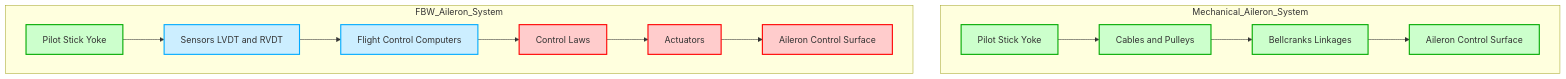
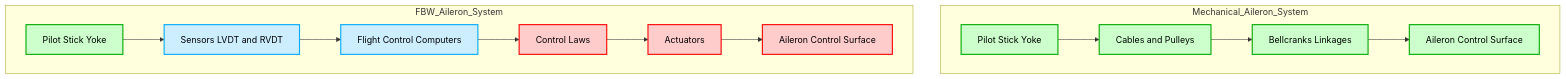
One commit to Robbbo-T/Ampel360XWLRGA changed the fourth of 7 diagrams in FTC_27-00-00-00-000 – ATA_27-Flight-Controls.md. Above: the diagram before and after it, drawn with Mermaid.

Commit message:
Update FTC_27-00-00-00-000 – ATA_27-Flight-Controls.md

````diff
--- a/FTC_27-00-00-00-000 – ATA_27-Flight-Controls.md
+++ b/FTC_27-00-00-00-000 – ATA_27-Flight-Controls.md
@@ -1232,27 +1232,27 @@
 ```mermaid
 graph TD
     subgraph Mechanical_Aileron_System
         A[Pilot Stick Yoke] --> B[Cables and Pulleys]
         B --> C[Bellcranks Linkages]
         C --> D[Aileron Control Surface]
     end
 
     subgraph FBW_Aileron_System
         E[Pilot Stick Yoke] --> F[Sensors LVDT and RVDT]
         F --> G[Flight Control Computers]
         G --> H[Control Laws]
         H --> I[Actuators]
         I --> J[Aileron Control Surface]
     end
 
-    style A fill:#ccffcc,stroke:#00aa00,stroke-width:2px
-    style B fill:#ccffcc,stroke:#00aa00,stroke-width:2px
-    style C fill:#ccffcc,stroke:#00aa00,stroke-width:2px
-    style D fill:#ccffcc,stroke:#00aa00,stroke-width:2px
-    style E fill:#ccffcc,stroke:#00aa00,stroke-width:2px
-    style F fill:#cceeff,stroke:#00aaff,stroke-width:2px
-    style G fill:#cceeff,stroke:#00aaff,stroke-width:2px
-    style H fill:#ffcccc,stroke:#ff0000,stroke-width:2px
-    style I fill:#ffcccc,stroke:#ff0000,stroke-width:2px
-    style J fill:#ffcccc,stroke:#ff0000,stroke-width:2px
+    style A fill:#ccffcc,stroke:#00aa00,stroke-width:2px,color:#000
+    style B fill:#ccffcc,stroke:#00aa00,stroke-width:2px,color:#000
+    style C fill:#ccffcc,stroke:#00aa00,stroke-width:2px,color:#000
+    style D fill:#ccffcc,stroke:#00aa00,stroke-width:2px,color:#000
+    style E fill:#ccffcc,stroke:#00aa00,stroke-width:2px,color:#000
+    style F fill:#cceeff,stroke:#00aaff,stroke-width:2px,color:#000
+    style G fill:#cceeff,stroke:#00aaff,stroke-width:2px,color:#000
+    style H fill:#ffcccc,stroke:#ff0000,stroke-width:2px,color:#000
+    style I fill:#ffcccc,stroke:#ff0000,stroke-width:2px,color:#000
+    style J fill:#ffcccc,stroke:#ff0000,stroke-width:2px,color:#000
 ```
````
